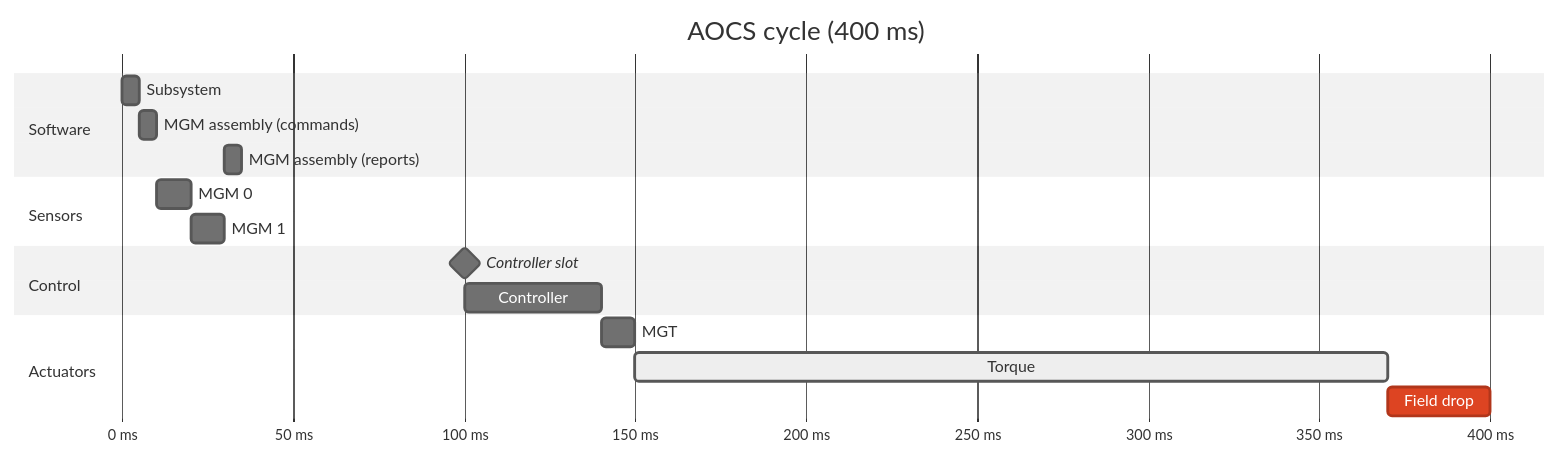
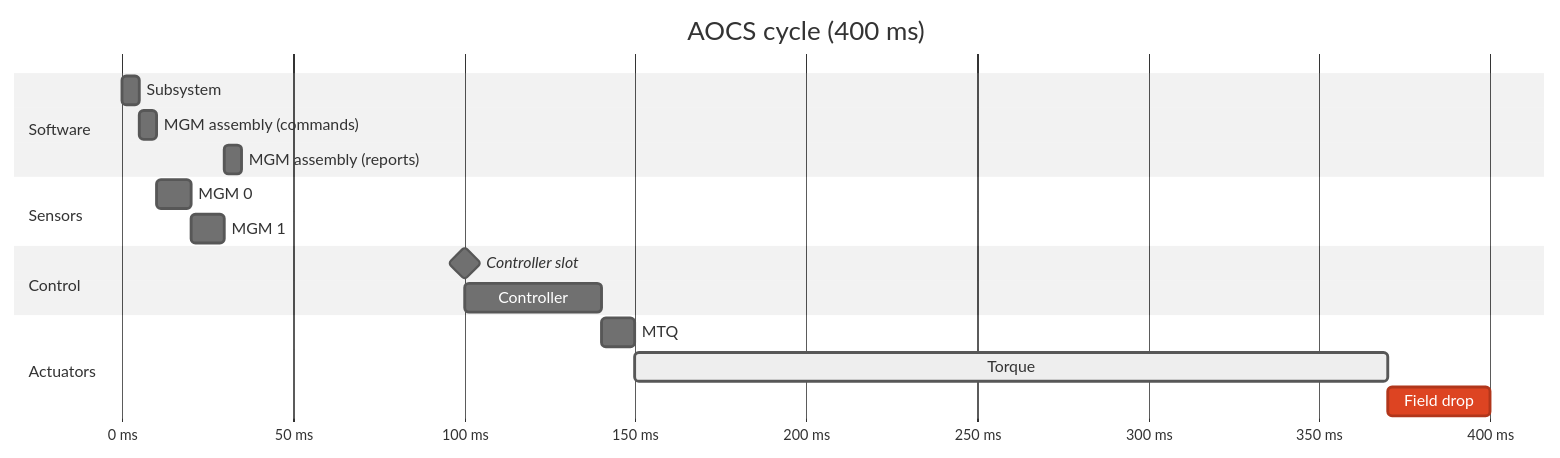
One commit to ustgt-irs/sat-rs changed the first of 3 diagrams in satrs-book/src/aocs-scheduling.md. Above: the diagram before and after it, drawn with Mermaid (neutral theme). The commit also changed other lines of this file and 9 other files, not shown here.

````diff
--- a/satrs-book/src/aocs-scheduling.md
+++ b/satrs-book/src/aocs-scheduling.md
@@ -20,26 +22,26 @@
 ```mermaid
 gantt
     title AOCS cycle (400 ms)
     dateFormat x
     axisFormat %-L ms
     tickInterval 50millisecond
     todayMarker off
 
     section Software
     Subsystem               : 0, 5
     MGM assembly (commands) : 5, 10
     MGM assembly (reports)  : 30, 35
 
     section Sensors
     MGM 0                   : 10, 20
     MGM 1                   : 20, 30
 
     section Control
     Controller slot         : milestone, 100, 100
     Controller              : 100, 140
 
     section Actuators
-    MGT                     : 140, 150
+    MTQ                     : 140, 150
     Torque                  : active, 150, 370
     Field drop              : crit, 370, 400
 ```
````
